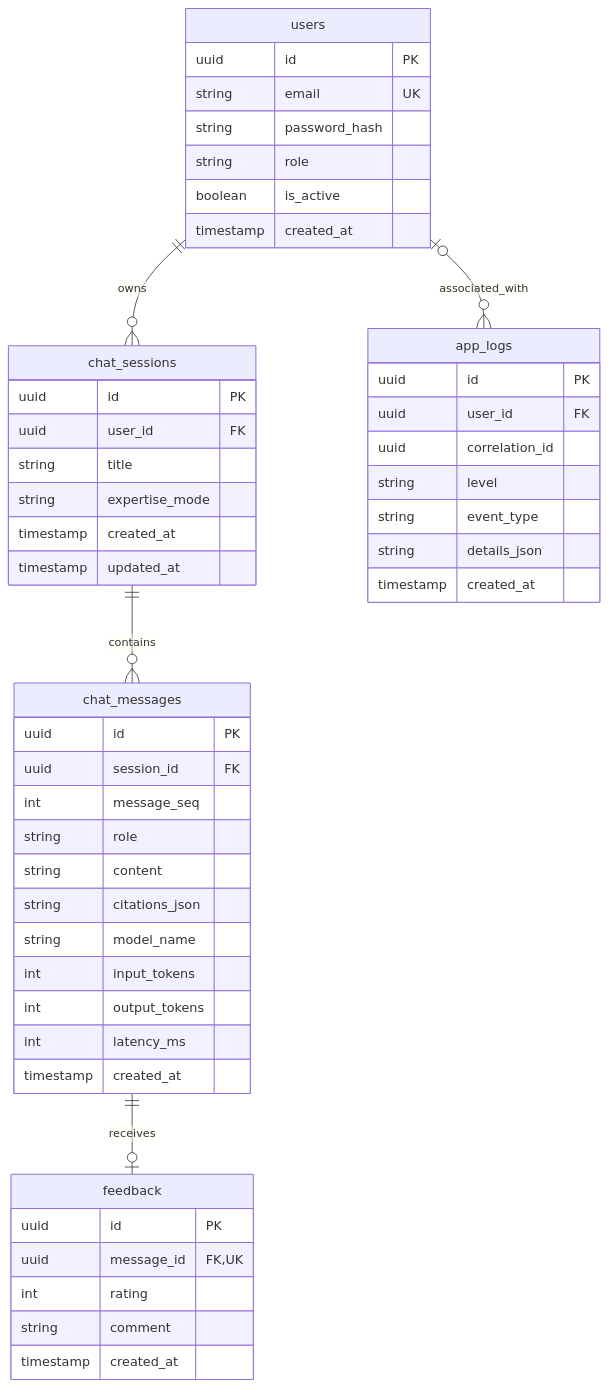
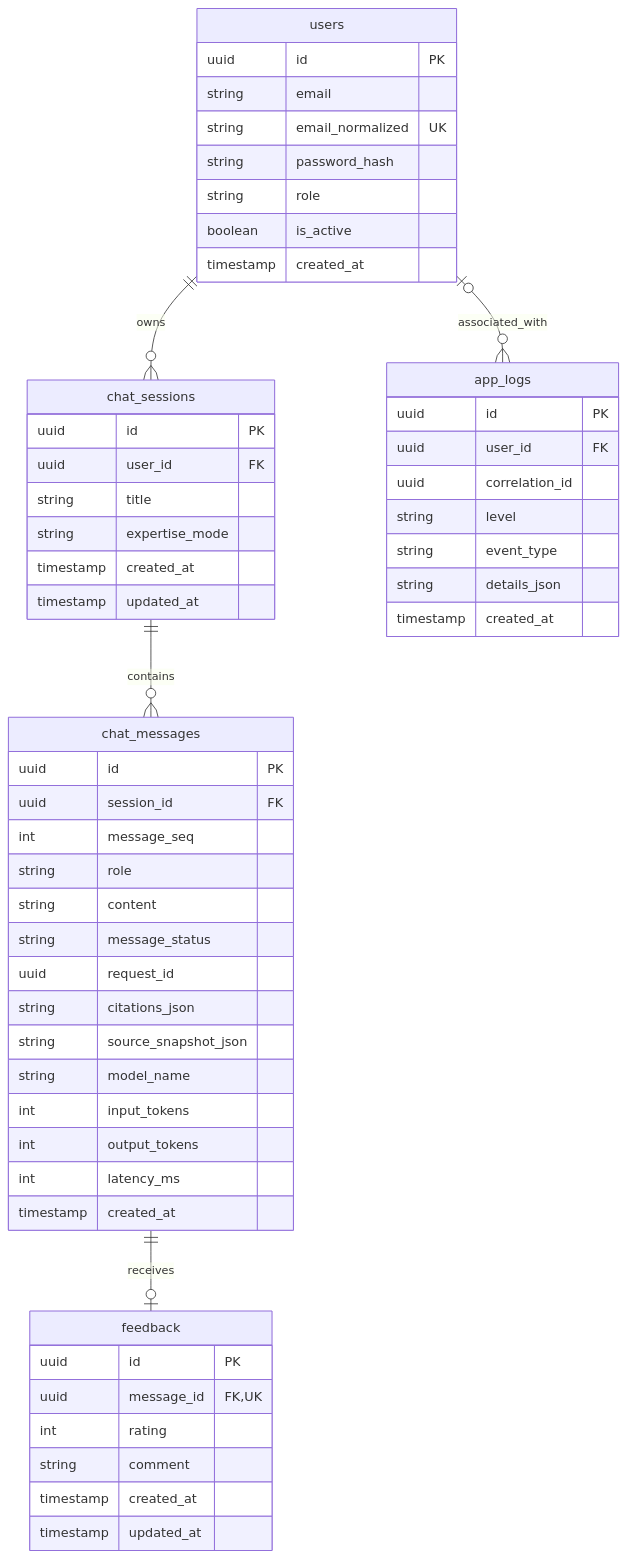
The second of 2 diagrams in ER_Taslagi.md (eminenurkazan/ai-muhendis-chatbot), drawn with Mermaid before and after one commit. The commit also changed other lines of this file and 26 other files, not shown here.

````diff
--- a/ER_Taslagi.md
+++ b/ER_Taslagi.md
@@ -114,54 +114,59 @@
 ```mermaid
 erDiagram
     direction TB
     users ||--o{ chat_sessions : owns
     chat_sessions ||--o{ chat_messages : contains
     chat_messages ||--o| feedback : receives
     users o|--o{ app_logs : associated_with
 
     users {
         uuid id PK
-        string email UK
+        string email
+        string email_normalized UK
         string password_hash
         string role
         boolean is_active
         timestamp created_at
     }
     chat_sessions {
         uuid id PK
         uuid user_id FK
         string title
         string expertise_mode
         timestamp created_at
         timestamp updated_at
     }
     chat_messages {
         uuid id PK
         uuid session_id FK
         int message_seq
         string role
         string content
+        string message_status
+        uuid request_id
         string citations_json
+        string source_snapshot_json
         string model_name
         int input_tokens
         int output_tokens
         int latency_ms
         timestamp created_at
     }
     feedback {
         uuid id PK
         uuid message_id FK, UK
         int rating
         string comment
         timestamp created_at
+        timestamp updated_at
     }
     app_logs {
         uuid id PK
         uuid user_id FK
         uuid correlation_id
         string level
         string event_type
         string details_json
         timestamp created_at
     }
 ```
````
